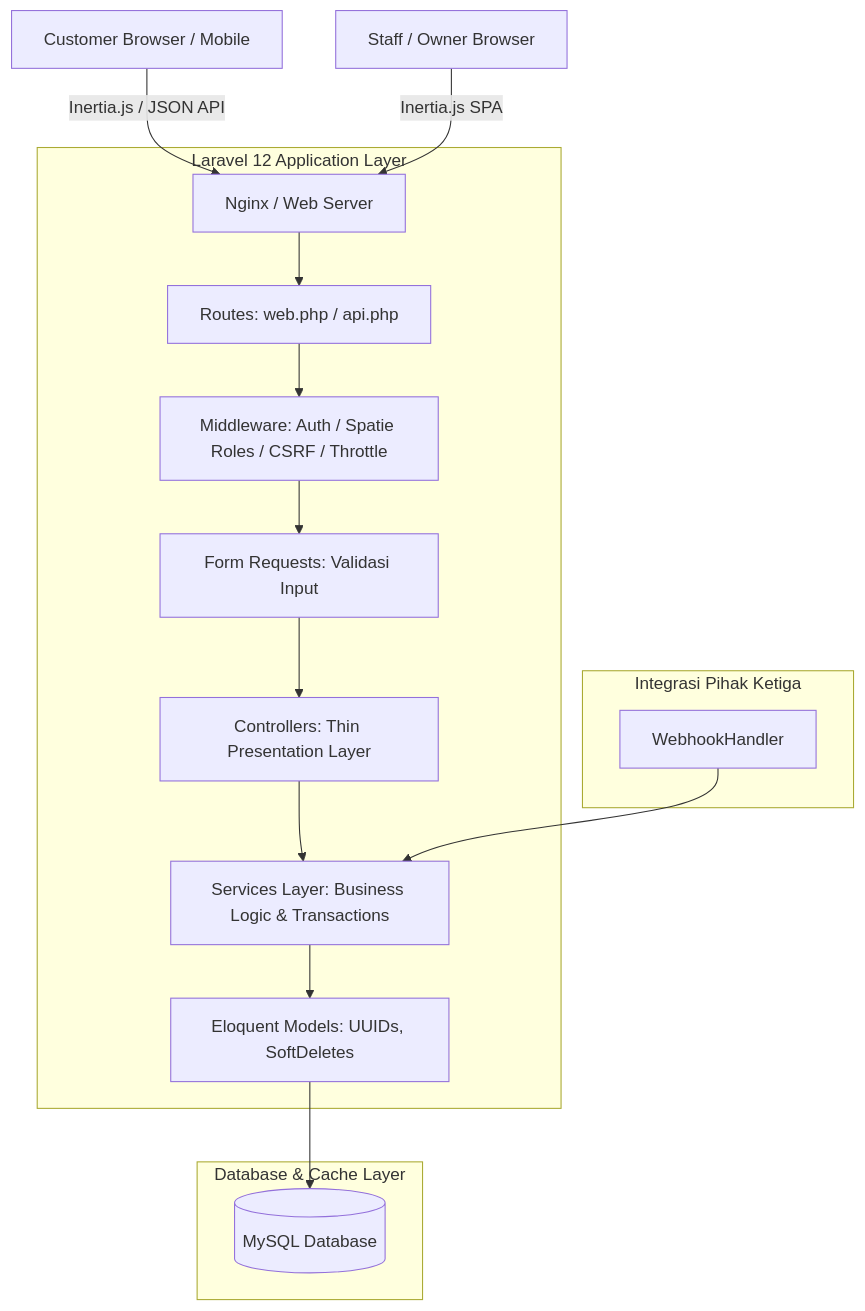
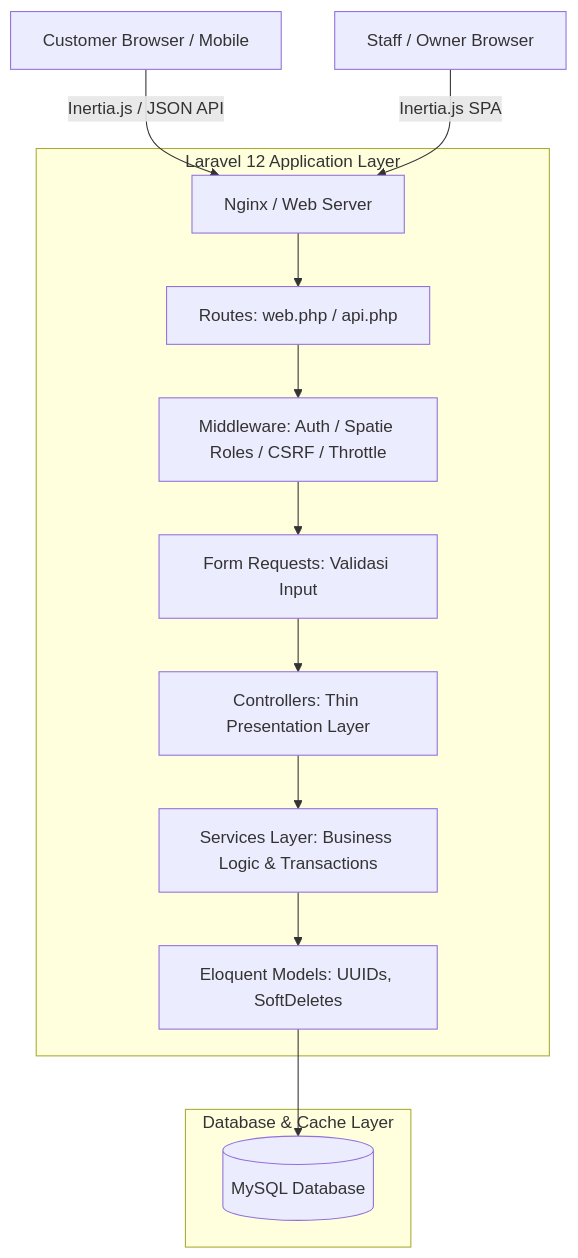
Before and after one commit to nabielnx/Motorku: the first of 4 diagrams in SYSTEM_FLOW.md, drawn with Mermaid. The commit also changed other lines of this file, not shown here.

Commit message:
docs: remove obsolete webhook node from architecture diagram

````diff
--- a/SYSTEM_FLOW.md
+++ b/SYSTEM_FLOW.md
@@ -29,22 +29,19 @@
 ```mermaid
 graph TD
     ClientCustomer[Customer Browser / Mobile] -->|Inertia.js / JSON API| WebServer[Nginx / Web Server]
     ClientStaff[Staff / Owner Browser] -->|Inertia.js SPA| WebServer
     
     subgraph Backend [Laravel 12 Application Layer]
         WebServer --> Routing[Routes: web.php / api.php]
         Routing --> Middleware[Middleware: Auth / Spatie Roles / CSRF / Throttle]
         Middleware --> FormRequests[Form Requests: Validasi Input]
         FormRequests --> Controllers[Controllers: Thin Presentation Layer]
         Controllers --> Services[Services Layer: Business Logic & Transactions]
         Services --> Eloquent[Eloquent Models: UUIDs, SoftDeletes]
     end
     
     subgraph DataStore [Database & Cache Layer]
         Eloquent --> MySQL[(MySQL Database)]
     end
     
-    subgraph ThirdParty [Integrasi Pihak Ketiga]
-        WebhookHandler --> Services
-    end
 ```
````
